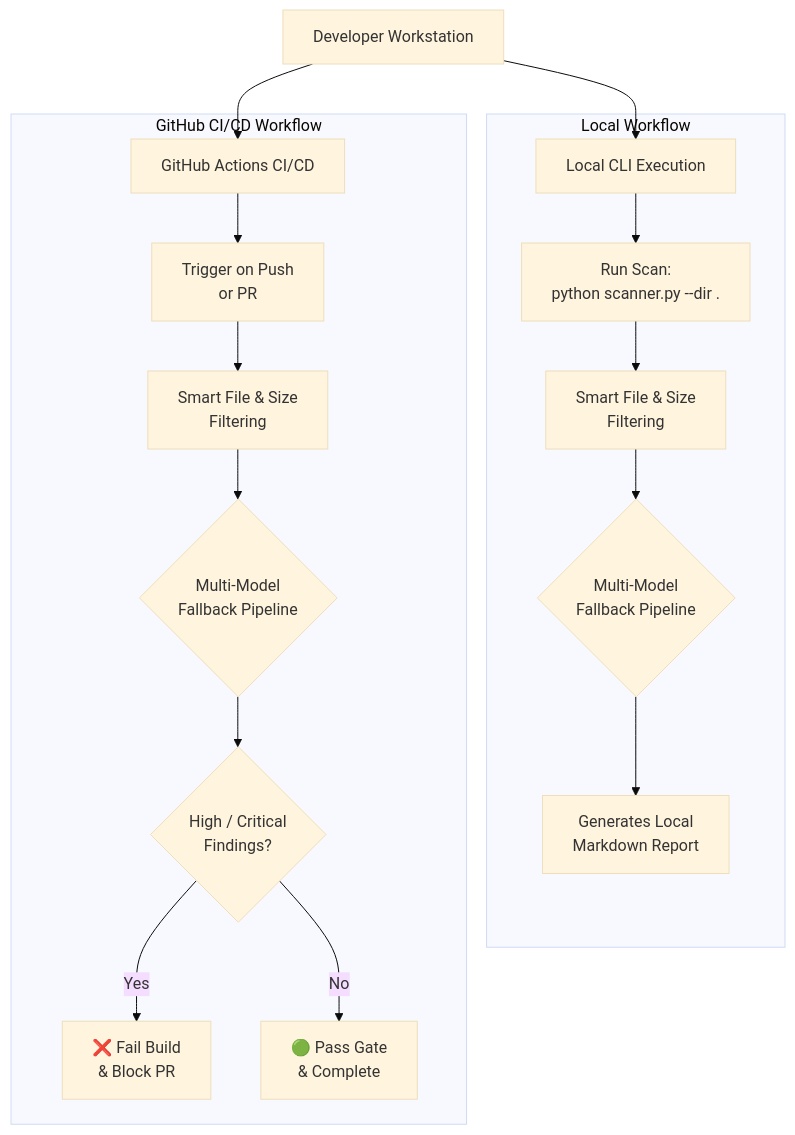
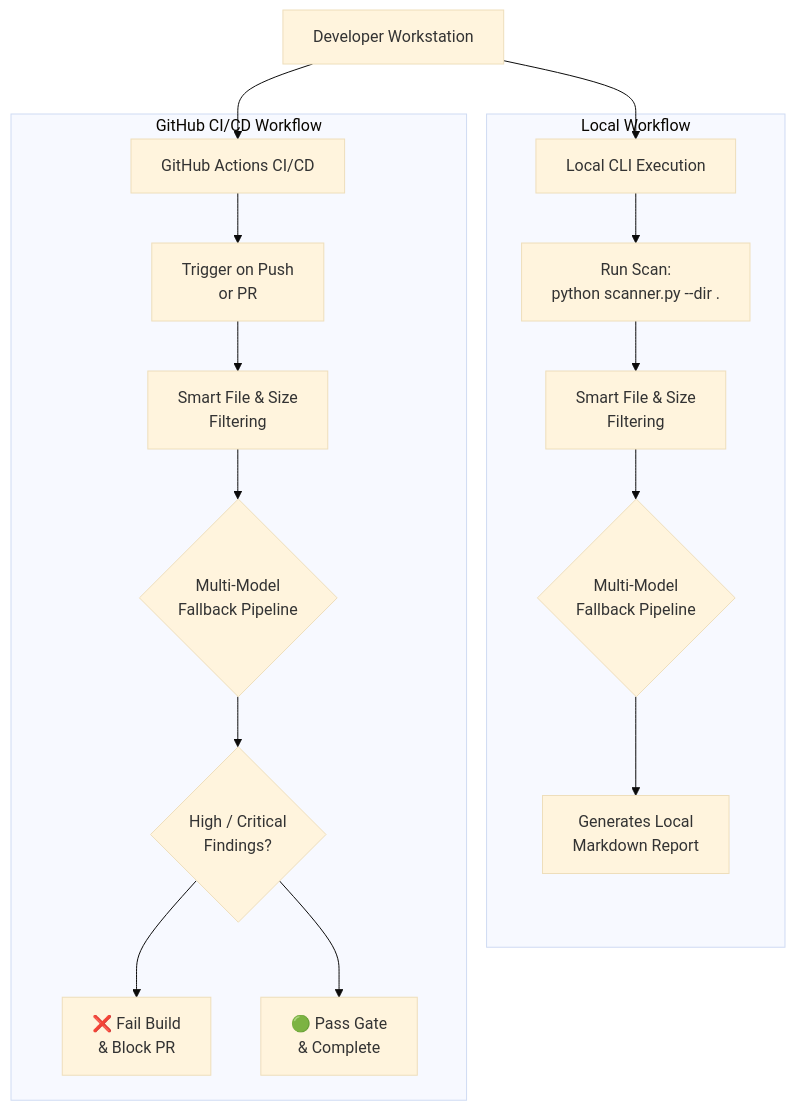
The diagram in README.md (donaldlew/Ai-Scanner), drawn with Mermaid (base theme) before and after one commit.

````diff
--- a/README.md
+++ b/README.md
@@ -15,22 +15,22 @@
 ```mermaid
 graph TD
     Dev[Developer Workstation] --> Local[Local CLI Execution]
     Dev --> GitHub[GitHub Actions CI/CD]
 
     subgraph "Local Workflow"
         Local --> LocalCLI["Run Scan:<br/>python scanner.py --dir ."]
         LocalCLI --> LocalFilter["Smart File & Size<br/>Filtering"]
         LocalFilter --> LocalLLM{"Multi-Model<br/>Fallback Pipeline"}
         LocalLLM --> LocalReport["Generates Local<br/>Markdown Report"]
     end
 
     subgraph "GitHub CI/CD Workflow"
         GitHub --> GHA["Trigger on Push<br/>or PR"]
         GHA --> GHAFilter["Smart File & Size<br/>Filtering"]
         GHAFilter --> GHALLM{"Multi-Model<br/>Fallback Pipeline"}
         GHALLM --> GHAGate{"High / Critical<br/>Findings?"}
-        GHAGate -->|Yes| Fail["❌ Fail Build<br/>& Block PR"]
-        GHAGate -->|No| Pass["🟢 Pass Gate<br/>& Complete"]
+        GHAGate --> Fail["❌ Fail Build<br/>& Block PR"]
+        GHAGate --> Pass["🟢 Pass Gate<br/>& Complete"]
     end
 
 ```
````
